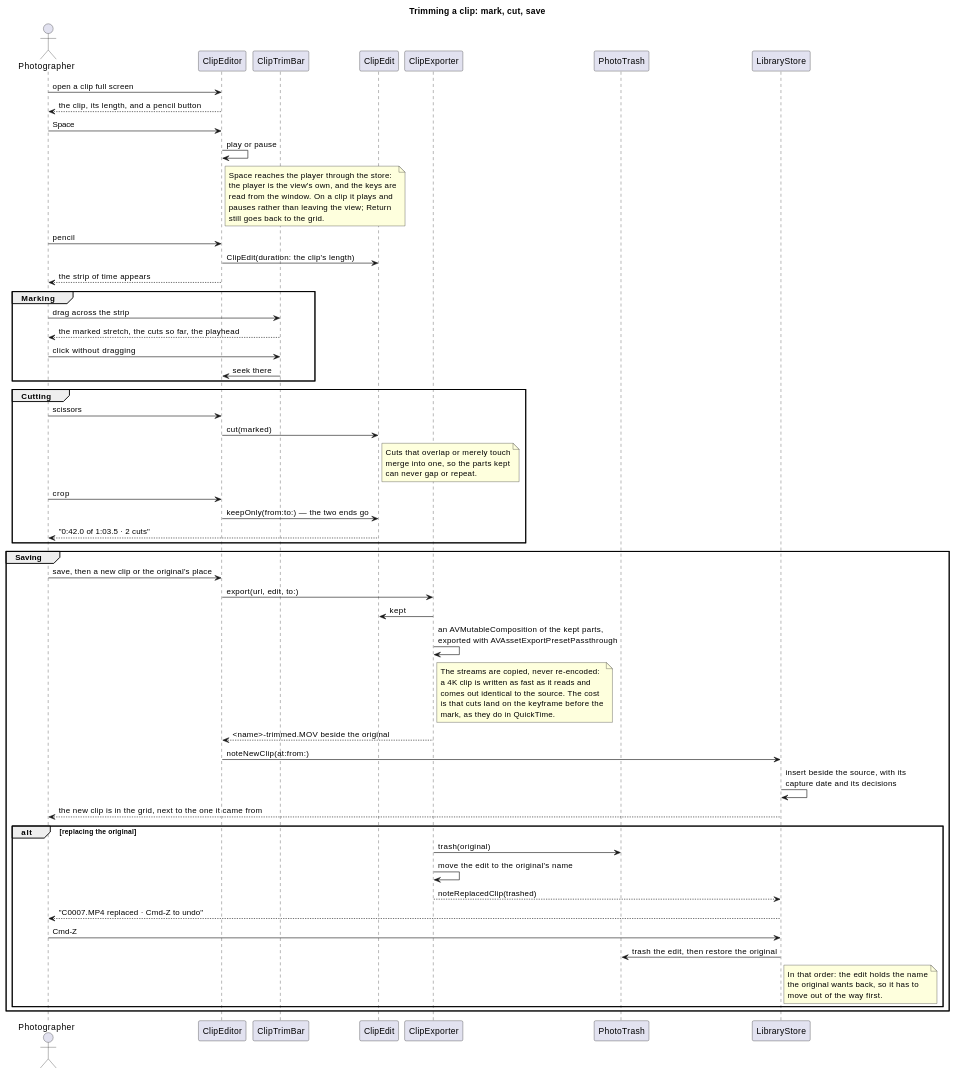
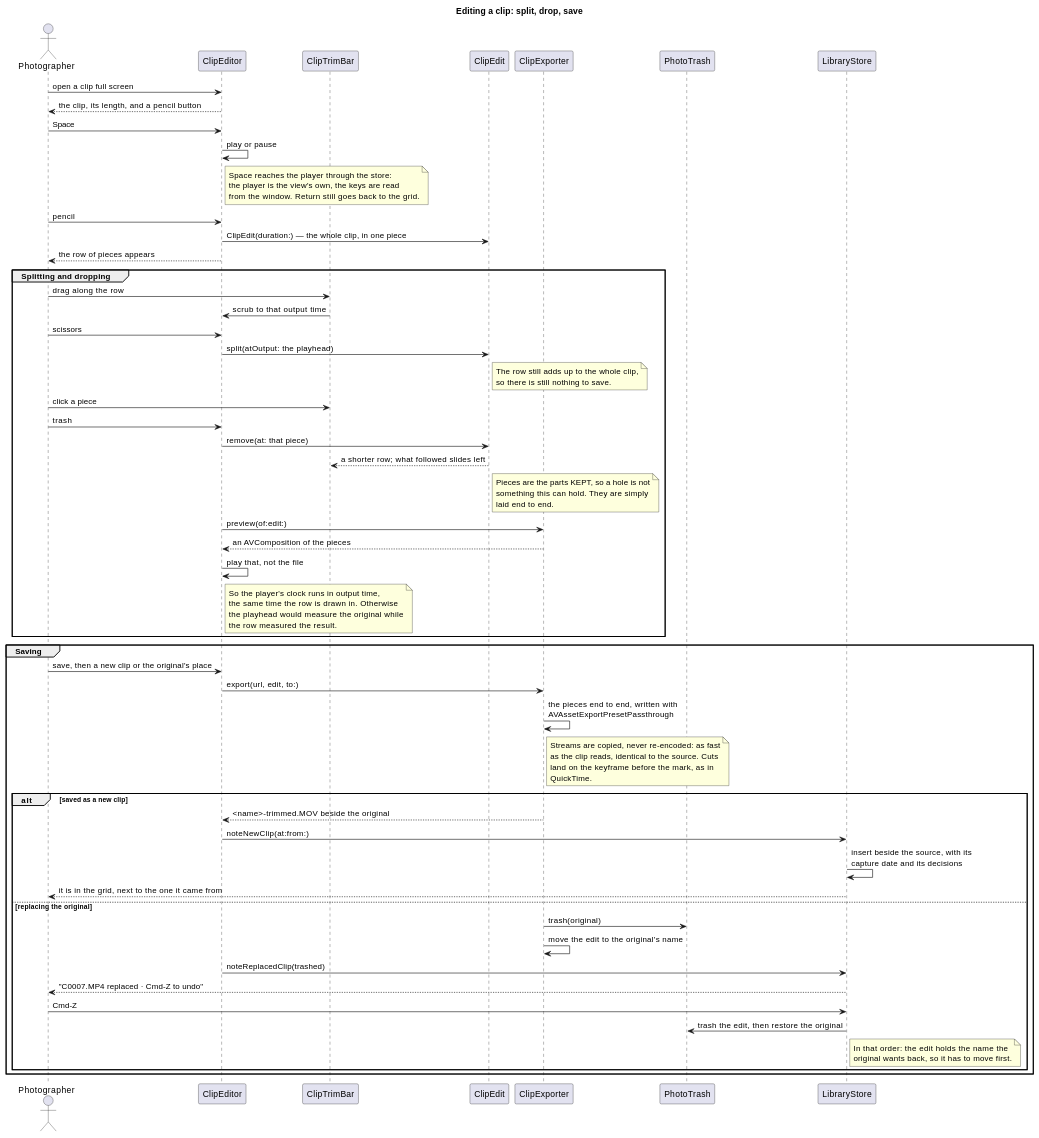
The fifth of 8 diagrams in docs/APPFLOW.md (elcozy/culldash), drawn with PlantUML before and after one commit. The commit also changed other lines of this file and 8 other files, not shown here.

First line of the commit message:
Edit clips as a row of pieces, so dropping one closes the gap

````diff
--- a/docs/APPFLOW.md
+++ b/docs/APPFLOW.md
@@ -317,9 +324,9 @@
 ```plantuml
 @startuml trim-clip
-title Trimming a clip: mark, cut, save
+title Editing a clip: split, drop, save
 actor Photographer as P
 participant ClipEditor as Editor
-participant ClipTrimBar as Bar
+participant ClipTrimBar as Row
 participant ClipEdit as Edit
 participant ClipExporter as Exporter
 participant PhotoTrash as Trash
@@ -331,64 +338,69 @@
 Editor -> Editor: play or pause
 note right of Editor
   Space reaches the player through the store:
-  the player is the view's own, and the keys are
-  read from the window. On a clip it plays and
-  pauses rather than leaving the view; Return
-  still goes back to the grid.
+  the player is the view's own, the keys are read
+  from the window. Return still goes back to the grid.
 end note
 
 P -> Editor: pencil
-Editor -> Edit: ClipEdit(duration: the clip's length)
-Editor --> P: the strip of time appears
+Editor -> Edit: ClipEdit(duration:) — the whole clip, in one piece
+Editor --> P: the row of pieces appears
 
-group Marking
-  P -> Bar: drag across the strip
-  Bar --> P: the marked stretch, the cuts so far, the playhead
-  P -> Bar: click without dragging
-  Bar -> Editor: seek there
-end
-
-group Cutting
+group Splitting and dropping
+  P -> Row: drag along the row
+  Row -> Editor: scrub to that output time
   P -> Editor: scissors
-  Editor -> Edit: cut(marked)
+  Editor -> Edit: split(atOutput: the playhead)
   note right of Edit
-    Cuts that overlap or merely touch
-    merge into one, so the parts kept
-    can never gap or repeat.
+    The row still adds up to the whole clip,
+    so there is still nothing to save.
   end note
-  P -> Editor: crop
-  Editor -> Edit: keepOnly(from:to:) — the two ends go
-  Edit --> P: "0:42.0 of 1:03.5 · 2 cuts"
+  P -> Row: click a piece
+  P -> Editor: trash
+  Editor -> Edit: remove(at: that piece)
+  Edit --> Row: a shorter row; what followed slides left
+  note right of Edit
+    Pieces are the parts KEPT, so a hole is not
+    something this can hold. They are simply
+    laid end to end.
+  end note
+  Editor -> Exporter: preview(of:edit:)
+  Exporter --> Editor: an AVComposition of the pieces
+  Editor -> Editor: play that, not the file
+  note right of Editor
+    So the player's clock runs in output time,
+    the same time the row is drawn in. Otherwise
+    the playhead would measure the original while
+    the row measured the result.
+  end note
 end
 
 group Saving
   P -> Editor: save, then a new clip or the original's place
   Editor -> Exporter: export(url, edit, to:)
-  Exporter -> Edit: kept
-  Exporter -> Exporter: an AVMutableComposition of the kept parts,\nexported with AVAssetExportPresetPassthrough
+  Exporter -> Exporter: the pieces end to end, written with\nAVAssetExportPresetPassthrough
   note right of Exporter
-    The streams are copied, never re-encoded:
-    a 4K clip is written as fast as it reads and
-    comes out identical to the source. The cost
-    is that cuts land on the keyframe before the
-    mark, as they do in QuickTime.
+    Streams are copied, never re-encoded: as fast
+    as the clip reads, identical to the source. Cuts
+    land on the keyframe before the mark, as in
+    QuickTime.
   end note
-  Exporter --> Editor: <name>-trimmed.MOV beside the original
-  Editor -> Store: noteNewClip(at:from:)
-  Store -> Store: insert beside the source, with its\ncapture date and its decisions
-  Store --> P: the new clip is in the grid, next to the one it came from
 
-  alt replacing the original
+  alt saved as a new clip
+    Exporter --> Editor: <name>-trimmed.MOV beside the original
+    Editor -> Store: noteNewClip(at:from:)
+    Store -> Store: insert beside the source, with its\ncapture date and its decisions
+    Store --> P: it is in the grid, next to the one it came from
+  else replacing the original
     Exporter -> Trash: trash(original)
     Exporter -> Exporter: move the edit to the original's name
-    Exporter --> Store: noteReplacedClip(trashed)
+    Editor -> Store: noteReplacedClip(trashed)
     Store --> P: "C0007.MP4 replaced · Cmd-Z to undo"
     P -> Store: Cmd-Z
     Store -> Trash: trash the edit, then restore the original
     note right of Store
-      In that order: the edit holds the name
-      the original wants back, so it has to
-      move out of the way first.
+      In that order: the edit holds the name the
+      original wants back, so it has to move first.
     end note
   end
 end
````
